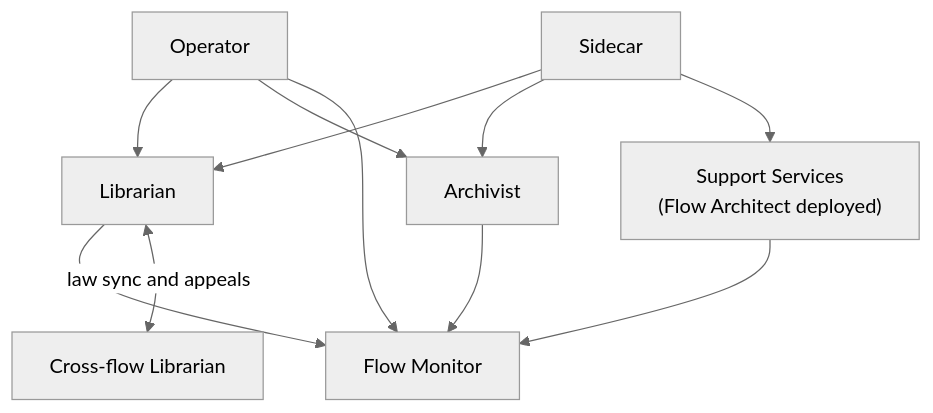
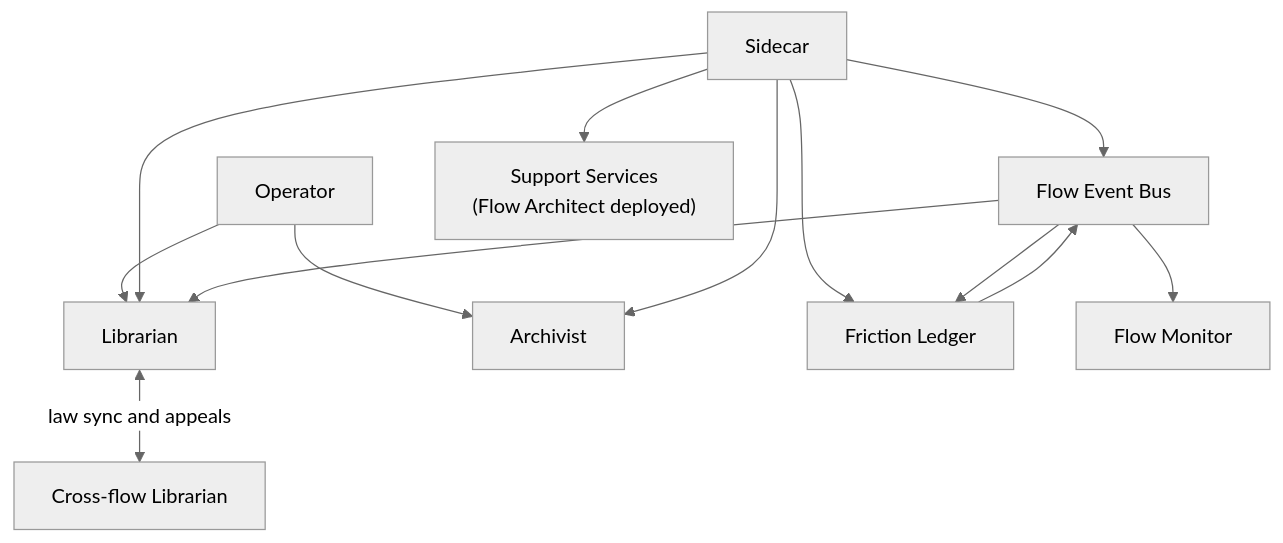
One commit to really-knows-ai/gideas changed the first of 4 diagrams in specs/02-flow/04-system-services.md. Above: the diagram before and after it, drawn with Mermaid (neutral theme). The commit also changed other lines of this file and 49 other files, not shown here.

First line of the commit message:
feat: introduce Flow Event Bus and Friction Ledger as dedicated services, narrowing Flow Monitor to a stateless pipeline adapter

````diff
--- a/specs/02-flow/04-system-services.md
+++ b/specs/02-flow/04-system-services.md
@@ -17,18 +19,20 @@
 ```mermaid
 flowchart TD
     OP["Operator"] --> LB["Librarian"]
     OP --> AR["Archivist"]
 
     SC["Sidecar"] --> LB
     SC --> AR
+    SC --> EB["Flow Event Bus"]
+    SC --> FL["Friction Ledger"]
 
     SC --> SS["Support Services<br/>(Flow Architect deployed)"]
 
-    LB --> FM["Flow Monitor"]
-    AR --> FM
-    OP --> FM
+    EB --> FL
+    EB --> FM["Flow Monitor"]
+    FL --> EB
 
-    SS --> FM
+    EB --> LB
 
     LB <-->|"law sync and appeals"| XFL["Cross-flow Librarian"]
 ```
````
